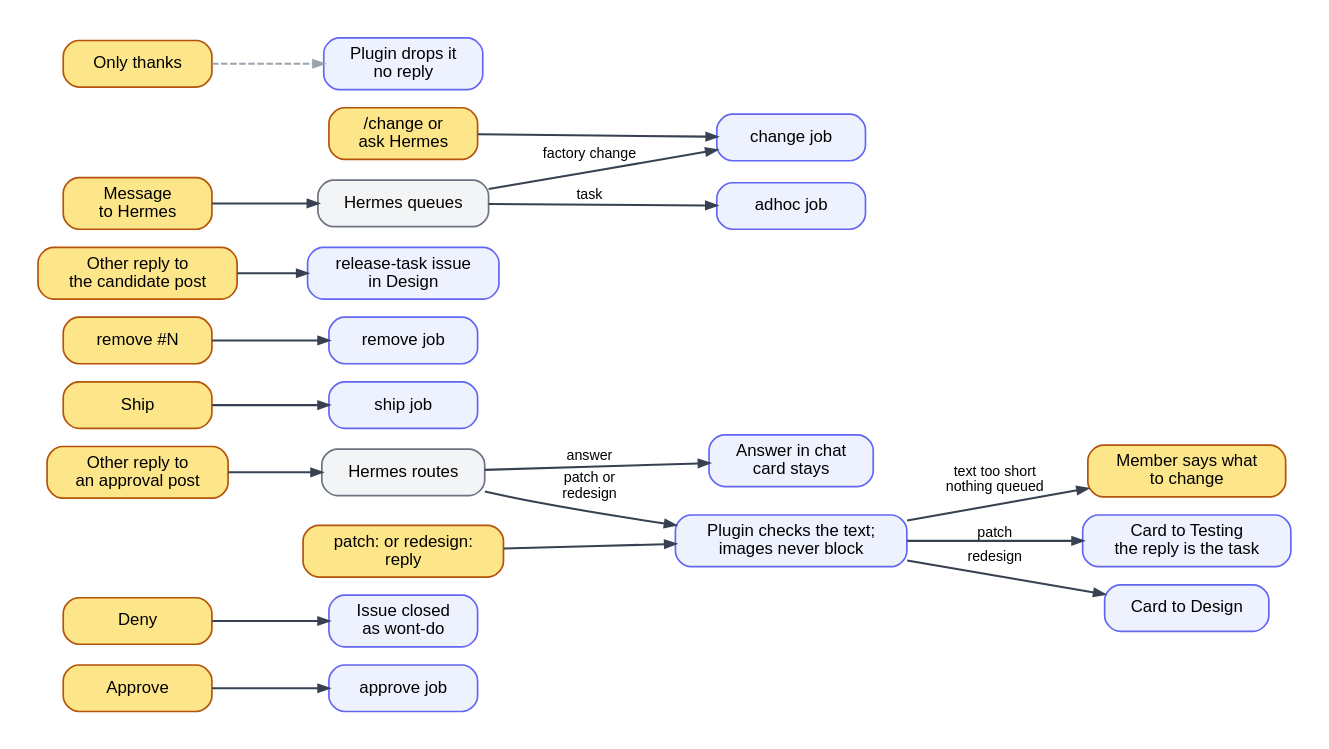
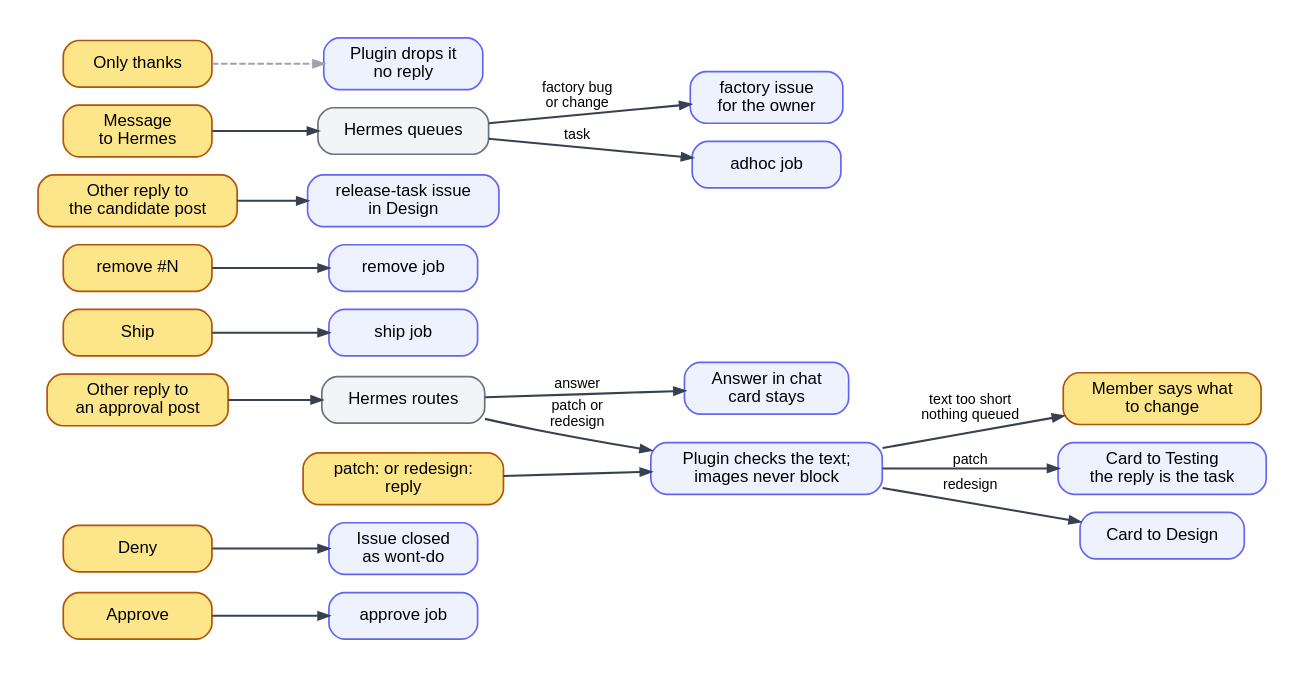
One commit to ROAM-game-org/road-machiners changed the diagram in factory/docs/diagrams/committee.dot. Above: the diagram before and after it, drawn with Graphviz. The commit also changed 46 other files, not shown here.

First line of the commit message:
Remove the factory change job. Factory changes are made by hand.

```diff
--- a/factory/docs/diagrams/committee.dot
+++ b/factory/docs/diagrams/committee.dot
@@ -1,26 +1,26 @@
 // Committee inputs: what each Telegram action queues, and the job that runs it. Yellow: people. Grey: Hermes decides.
 digraph committee {
   rankdir=LR; nodesep=0.2; ranksep=0.7; bgcolor=white; pad=0.3;
   node [shape=box, style="rounded,filled", fillcolor="#eef2ff", color="#6366f1", fontname="Helvetica", fontsize=13, margin="0.2,0.08", penwidth=1.3, width=1.6];
   edge [color="#374151", penwidth=1.6, arrowsize=0.8, fontname="Helvetica", fontsize=11];
   node [fillcolor="#fde68a", color="#b45309"];
   approve [label="Approve"]; deny [label="Deny"]; reply [label="Other reply to\nan approval post"]; forced [label="patch: or redesign:\nreply"];
-  ship [label="Ship"]; remove [label="remove #N"]; rtask [label="Other reply to\nthe candidate post"]; change [label="/change or\nask Hermes"]; ask [label="Message\nto Hermes"];
+  ship [label="Ship"]; remove [label="remove #N"]; rtask [label="Other reply to\nthe candidate post"]; ask [label="Message\nto Hermes"];
   bare [label="Only thanks"];
   member [label="Member says what\nto change"];
   node [fillcolor="#f3f4f6", color="#6b7280"];
   hermes [label="Hermes routes"]; hermes2 [label="Hermes queues"];
   node [fillcolor="#eef2ff", color="#6366f1"];
   ready [label="Plugin checks the text;\nimages never block"];
   node [fillcolor="#eef2ff", color="#6366f1"];
   approveJob [label="approve job"]; closed [label="Issue closed\nas wont-do"]; answer [label="Answer in chat\ncard stays"];
   patchJob [label="Card to Testing\nthe reply is the task"]; design [label="Card to Design"]; shipJob [label="ship job"]; removeJob [label="remove job"];
-  newTask [label="release-task issue\nin Design"]; changeJob [label="change job"]; adhocJob [label="adhoc job"];
+  newTask [label="release-task issue\nin Design"]; factoryIssue [label="factory issue\nfor the owner"]; adhocJob [label="adhoc job"];
   quiet [label="Plugin drops it\nno reply"];
   approve -> approveJob; deny -> closed;
   reply -> hermes; hermes -> answer [label="answer"]; hermes -> ready [label="patch or\nredesign"];
   forced -> ready; ready -> patchJob [label="patch"]; ready -> design [label="redesign"]; ready -> member [label="text too short\nnothing queued"];
   ship -> shipJob; remove -> removeJob; rtask -> newTask;
-  change -> changeJob; ask -> hermes2; hermes2 -> adhocJob [label="task"]; hermes2 -> changeJob [label="factory change"];
+  ask -> hermes2; hermes2 -> adhocJob [label="task"]; hermes2 -> factoryIssue [label="factory bug\nor change"];
   bare -> quiet [style=dashed, color="#9ca3af"];
 }
```
